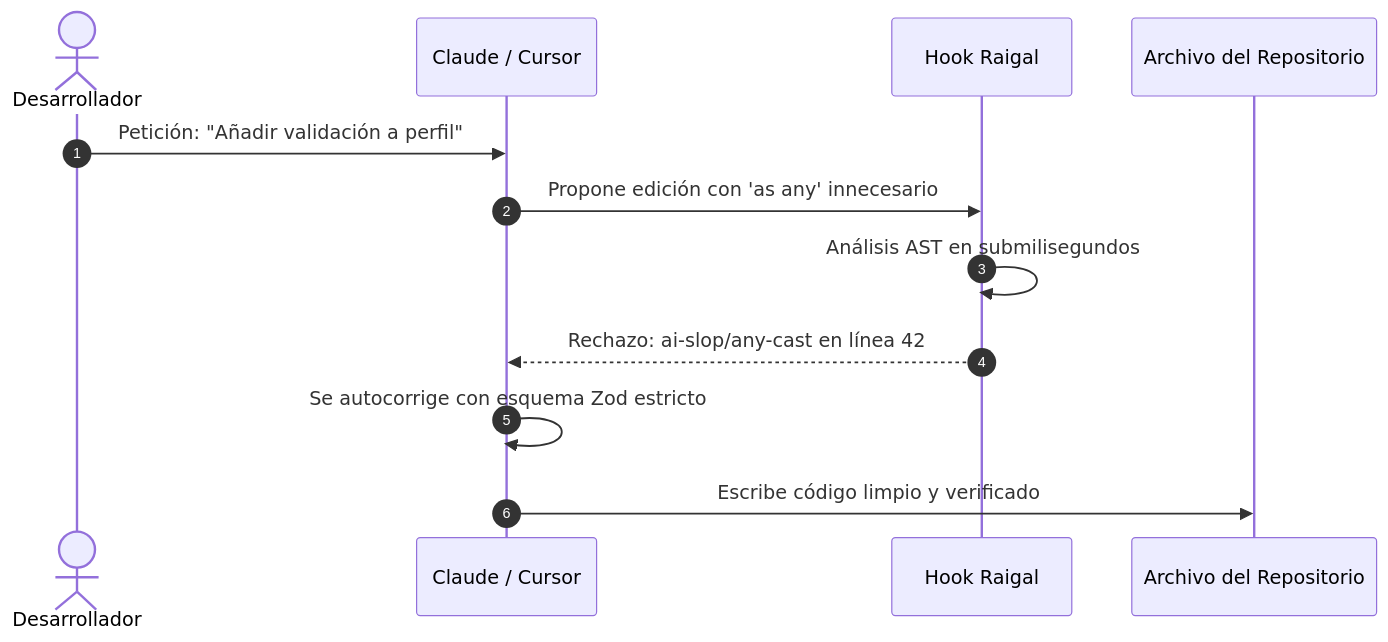
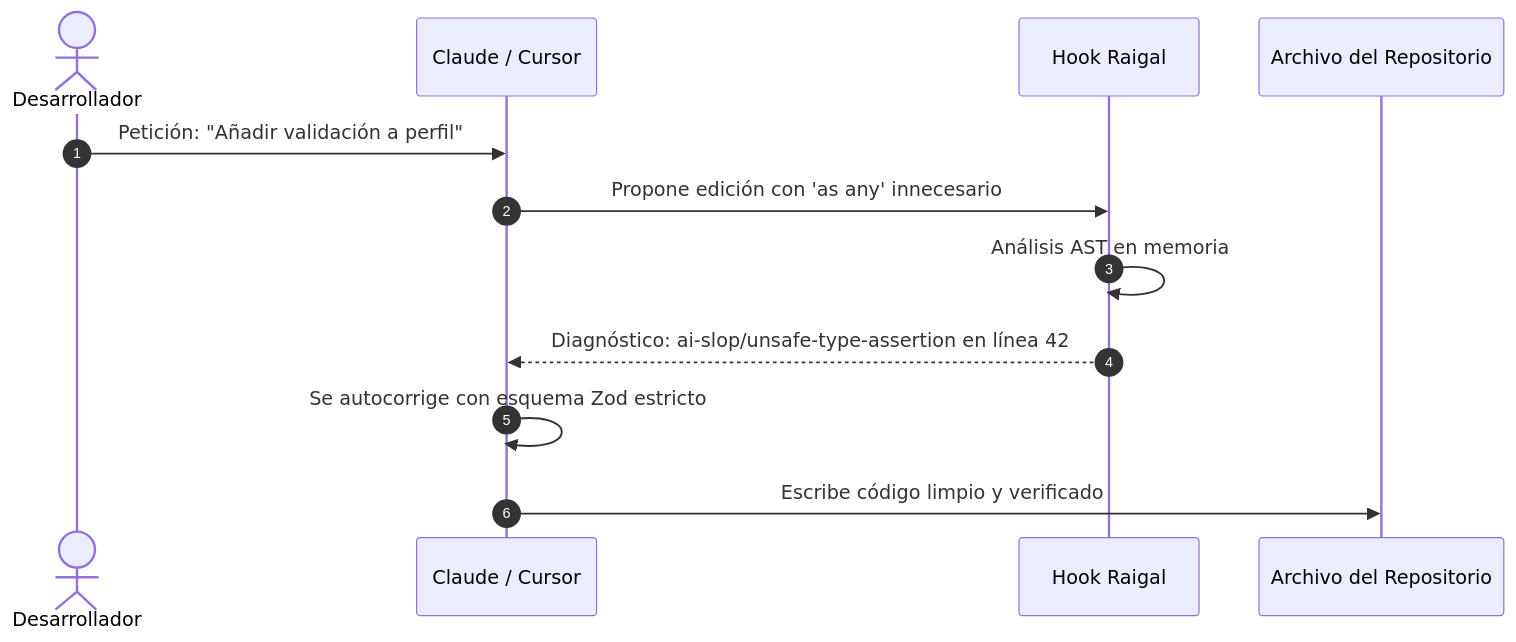
One commit to meethiu/raigal-docs changed the diagram in espanol/documentacion-espanol/referencia-cli/hooks.md. Above: the diagram before and after it, drawn with Mermaid. The commit also changed other lines of this file and 30 other files, not shown here.

````diff
--- a/espanol/documentacion-espanol/referencia-cli/hooks.md
+++ b/espanol/documentacion-espanol/referencia-cli/hooks.md
@@ -17,14 +18,14 @@
 ```mermaid
 sequenceDiagram
     autonumber
     actor Desarrollador
     participant Agente as Claude / Cursor
     participant Hook as Hook Raigal
     participant Codigo as Archivo del Repositorio
     Desarrollador->>Agente: Petición: "Añadir validación a perfil"
     Agente->>Hook: Propone edición con 'as any' innecesario
-    Hook->>Hook: Análisis AST en submilisegundos
-    Hook-->>Agente: Rechazo: ai-slop/any-cast en línea 42
+    Hook->>Hook: Análisis AST en memoria
+    Hook-->>Agente: Diagnóstico: ai-slop/unsafe-type-assertion en línea 42
     Agente->>Agente: Se autocorrige con esquema Zod estricto
     Agente->>Codigo: Escribe código limpio y verificado
 ```
````
